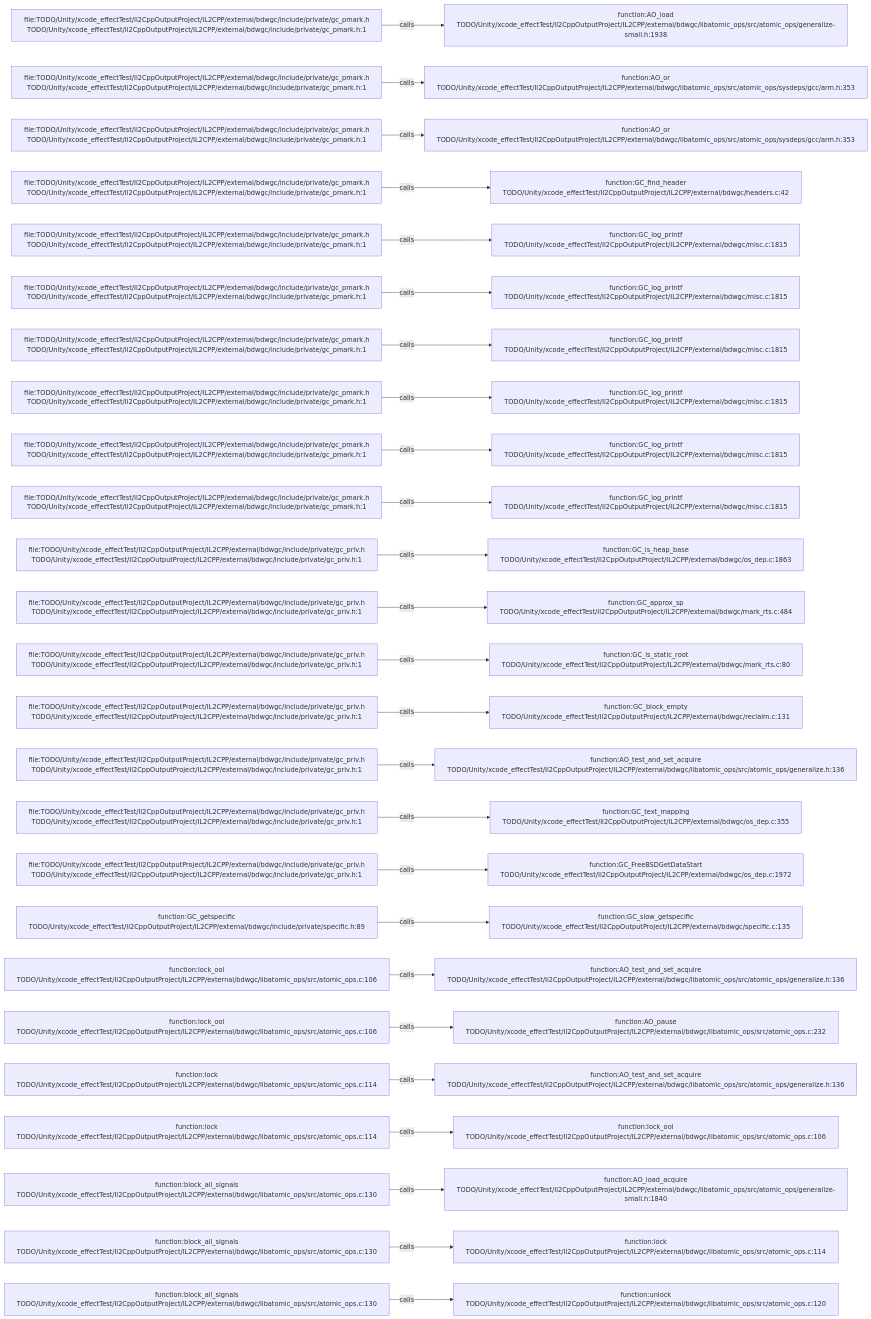
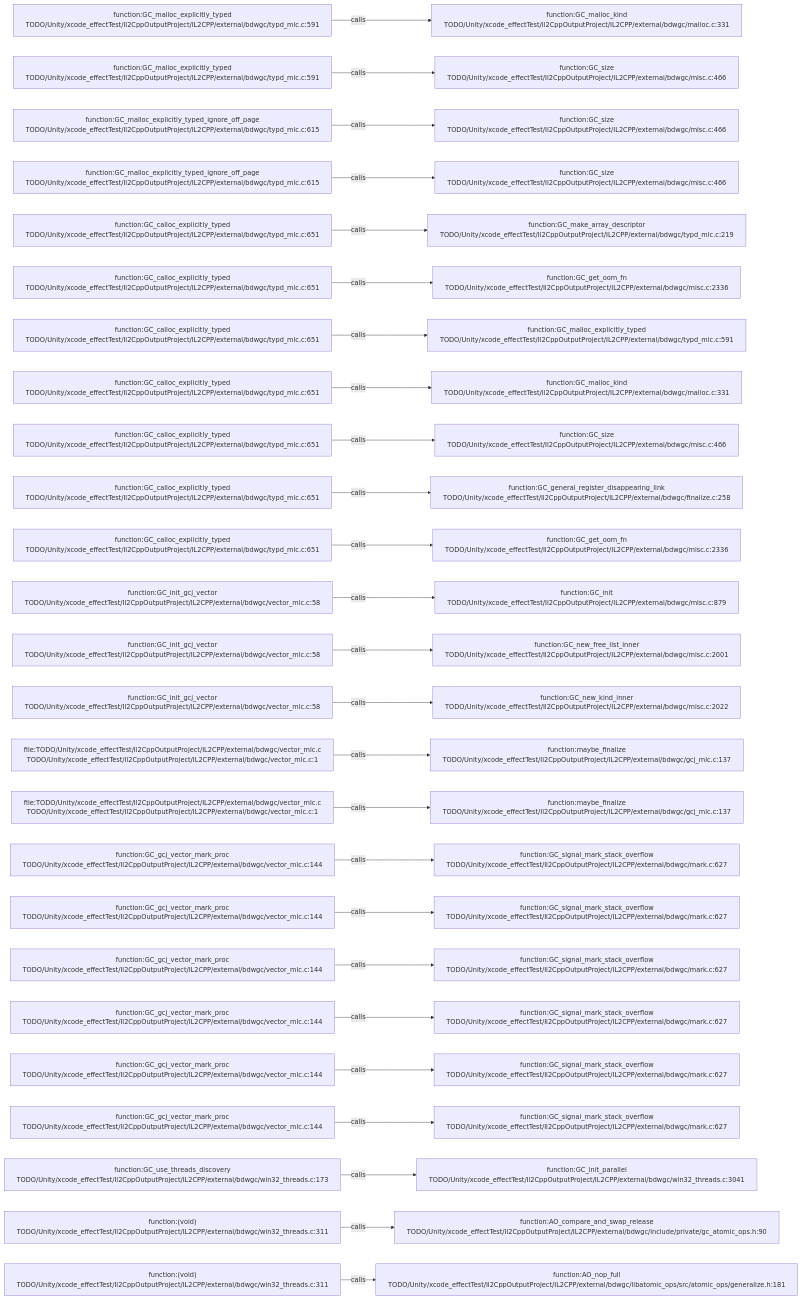
The diagram in .codegraph/codegraph.md/graphs/calls-183.md (JobsKits/JobsSwiftBaseConfigDemo), drawn with Mermaid before and after one commit. The commit also changed 227 other files, not shown here.

````diff
--- a/.codegraph/codegraph.md/graphs/calls-183.md
+++ b/.codegraph/codegraph.md/graphs/calls-183.md
@@ -13,78 +13,78 @@
 ```mermaid
 flowchart LR
-  S1["file:TODO/Unity/xcode_effectTest/Il2CppOutputProject/IL2CPP/external/bdwgc/include/private/gc_pmark.h<br/>TODO/Unity/xcode_effectTest/Il2CppOutputProject/IL2CPP/external/bdwgc/include/private/gc_pmark.h:1"]
-  T1["function:AO_load<br/>TODO/Unity/xcode_effectTest/Il2CppOutputProject/IL2CPP/external/bdwgc/libatomic_ops/src/atomic_ops/generalize-small.h:1938"]
+  S1["function:GC_malloc_explicitly_typed<br/>TODO/Unity/xcode_effectTest/Il2CppOutputProject/IL2CPP/external/bdwgc/typd_mlc.c:591"]
+  T1["function:GC_malloc_kind<br/>TODO/Unity/xcode_effectTest/Il2CppOutputProject/IL2CPP/external/bdwgc/malloc.c:331"]
   S1 -->|calls| T1
-  S2["file:TODO/Unity/xcode_effectTest/Il2CppOutputProject/IL2CPP/external/bdwgc/include/private/gc_pmark.h<br/>TODO/Unity/xcode_effectTest/Il2CppOutputProject/IL2CPP/external/bdwgc/include/private/gc_pmark.h:1"]
-  T2["function:AO_or<br/>TODO/Unity/xcode_effectTest/Il2CppOutputProject/IL2CPP/external/bdwgc/libatomic_ops/src/atomic_ops/sysdeps/gcc/arm.h:353"]
+  S2["function:GC_malloc_explicitly_typed<br/>TODO/Unity/xcode_effectTest/Il2CppOutputProject/IL2CPP/external/bdwgc/typd_mlc.c:591"]
+  T2["function:GC_size<br/>TODO/Unity/xcode_effectTest/Il2CppOutputProject/IL2CPP/external/bdwgc/misc.c:466"]
   S2 -->|calls| T2
-  S3["file:TODO/Unity/xcode_effectTest/Il2CppOutputProject/IL2CPP/external/bdwgc/include/private/gc_pmark.h<br/>TODO/Unity/xcode_effectTest/Il2CppOutputProject/IL2CPP/external/bdwgc/include/private/gc_pmark.h:1"]
-  T3["function:AO_or<br/>TODO/Unity/xcode_effectTest/Il2CppOutputProject/IL2CPP/external/bdwgc/libatomic_ops/src/atomic_ops/sysdeps/gcc/arm.h:353"]
+  S3["function:GC_malloc_explicitly_typed_ignore_off_page<br/>TODO/Unity/xcode_effectTest/Il2CppOutputProject/IL2CPP/external/bdwgc/typd_mlc.c:615"]
+  T3["function:GC_size<br/>TODO/Unity/xcode_effectTest/Il2CppOutputProject/IL2CPP/external/bdwgc/misc.c:466"]
   S3 -->|calls| T3
-  S4["file:TODO/Unity/xcode_effectTest/Il2CppOutputProject/IL2CPP/external/bdwgc/include/private/gc_pmark.h<br/>TODO/Unity/xcode_effectTest/Il2CppOutputProject/IL2CPP/external/bdwgc/include/private/gc_pmark.h:1"]
-  T4["function:GC_find_header<br/>TODO/Unity/xcode_effectTest/Il2CppOutputProject/IL2CPP/external/bdwgc/headers.c:42"]
+  S4["function:GC_malloc_explicitly_typed_ignore_off_page<br/>TODO/Unity/xcode_effectTest/Il2CppOutputProject/IL2CPP/external/bdwgc/typd_mlc.c:615"]
+  T4["function:GC_size<br/>TODO/Unity/xcode_effectTest/Il2CppOutputProject/IL2CPP/external/bdwgc/misc.c:466"]
   S4 -->|calls| T4
-  S5["file:TODO/Unity/xcode_effectTest/Il2CppOutputProject/IL2CPP/external/bdwgc/include/private/gc_pmark.h<br/>TODO/Unity/xcode_effectTest/Il2CppOutputProject/IL2CPP/external/bdwgc/include/private/gc_pmark.h:1"]
-  T5["function:GC_log_printf<br/>TODO/Unity/xcode_effectTest/Il2CppOutputProject/IL2CPP/external/bdwgc/misc.c:1815"]
+  S5["function:GC_calloc_explicitly_typed<br/>TODO/Unity/xcode_effectTest/Il2CppOutputProject/IL2CPP/external/bdwgc/typd_mlc.c:651"]
+  T5["function:GC_make_array_descriptor<br/>TODO/Unity/xcode_effectTest/Il2CppOutputProject/IL2CPP/external/bdwgc/typd_mlc.c:219"]
   S5 -->|calls| T5
-  S6["file:TODO/Unity/xcode_effectTest/Il2CppOutputProject/IL2CPP/external/bdwgc/include/private/gc_pmark.h<br/>TODO/Unity/xcode_effectTest/Il2CppOutputProject/IL2CPP/external/bdwgc/include/private/gc_pmark.h:1"]
-  T6["function:GC_log_printf<br/>TODO/Unity/xcode_effectTest/Il2CppOutputProject/IL2CPP/external/bdwgc/misc.c:1815"]
+  S6["function:GC_calloc_explicitly_typed<br/>TODO/Unity/xcode_effectTest/Il2CppOutputProject/IL2CPP/external/bdwgc/typd_mlc.c:651"]
+  T6["function:GC_get_oom_fn<br/>TODO/Unity/xcode_effectTest/Il2CppOutputProject/IL2CPP/external/bdwgc/misc.c:2336"]
   S6 -->|calls| T6
-  S7["file:TODO/Unity/xcode_effectTest/Il2CppOutputProject/IL2CPP/external/bdwgc/include/private/gc_pmark.h<br/>TODO/Unity/xcode_effectTest/Il2CppOutputProject/IL2CPP/external/bdwgc/include/private/gc_pmark.h:1"]
-  T7["function:GC_log_printf<br/>TODO/Unity/xcode_effectTest/Il2CppOutputProject/IL2CPP/external/bdwgc/misc.c:1815"]
+  S7["function:GC_calloc_explicitly_typed<br/>TODO/Unity/xcode_effectTest/Il2CppOutputProject/IL2CPP/external/bdwgc/typd_mlc.c:651"]
+  T7["function:GC_malloc_explicitly_typed<br/>TODO/Unity/xcode_effectTest/Il2CppOutputProject/IL2CPP/external/bdwgc/typd_mlc.c:591"]
   S7 -->|calls| T7
-  S8["file:TODO/Unity/xcode_effectTest/Il2CppOutputProject/IL2CPP/external/bdwgc/include/private/gc_pmark.h<br/>TODO/Unity/xcode_effectTest/Il2CppOutputProject/IL2CPP/external/bdwgc/include/private/gc_pmark.h:1"]
-  T8["function:GC_log_printf<br/>TODO/Unity/xcode_effectTest/Il2CppOutputProject/IL2CPP/external/bdwgc/misc.c:1815"]
+  S8["function:GC_calloc_explicitly_typed<br/>TODO/Unity/xcode_effectTest/Il2CppOutputProject/IL2CPP/external/bdwgc/typd_mlc.c:651"]
+  T8["function:GC_malloc_kind<br/>TODO/Unity/xcode_effectTest/Il2CppOutputProject/IL2CPP/external/bdwgc/malloc.c:331"]
   S8 -->|calls| T8
-  S9["file:TODO/Unity/xcode_effectTest/Il2CppOutputProject/IL2CPP/external/bdwgc/include/private/gc_pmark.h<br/>TODO/Unity/xcode_effectTest/Il2CppOutputProject/IL2CPP/external/bdwgc/include/private/gc_pmark.h:1"]
-  T9["function:GC_log_printf<br/>TODO/Unity/xcode_effectTest/Il2CppOutputProject/IL2CPP/external/bdwgc/misc.c:1815"]
+  S9["function:GC_calloc_explicitly_typed<br/>TODO/Unity/xcode_effectTest/Il2CppOutputProject/IL2CPP/external/bdwgc/typd_mlc.c:651"]
+  T9["function:GC_size<br/>TODO/Unity/xcode_effectTest/Il2CppOutputProject/IL2CPP/external/bdwgc/misc.c:466"]
   S9 -->|calls| T9
-  S10["file:TODO/Unity/xcode_effectTest/Il2CppOutputProject/IL2CPP/external/bdwgc/include/private/gc_pmark.h<br/>TODO/Unity/xcode_effectTest/Il2CppOutputProject/IL2CPP/external/bdwgc/include/private/gc_pmark.h:1"]
-  T10["function:GC_log_printf<br/>TODO/Unity/xcode_effectTest/Il2CppOutputProject/IL2CPP/external/bdwgc/misc.c:1815"]
+  S10["function:GC_calloc_explicitly_typed<br/>TODO/Unity/xcode_effectTest/Il2CppOutputProject/IL2CPP/external/bdwgc/typd_mlc.c:651"]
+  T10["function:GC_general_register_disappearing_link<br/>TODO/Unity/xcode_effectTest/Il2CppOutputProject/IL2CPP/external/bdwgc/finalize.c:258"]
   S10 -->|calls| T10
-  S11["file:TODO/Unity/xcode_effectTest/Il2CppOutputProject/IL2CPP/external/bdwgc/include/private/gc_priv.h<br/>TODO/Unity/xcode_effectTest/Il2CppOutputProject/IL2CPP/external/bdwgc/include/private/gc_priv.h:1"]
-  T11["function:GC_is_heap_base<br/>TODO/Unity/xcode_effectTest/Il2CppOutputProject/IL2CPP/external/bdwgc/os_dep.c:1863"]
+  S11["function:GC_calloc_explicitly_typed<br/>TODO/Unity/xcode_effectTest/Il2CppOutputProject/IL2CPP/external/bdwgc/typd_mlc.c:651"]
+  T11["function:GC_get_oom_fn<br/>TODO/Unity/xcode_effectTest/Il2CppOutputProject/IL2CPP/external/bdwgc/misc.c:2336"]
   S11 -->|calls| T11
-  S12["file:TODO/Unity/xcode_effectTest/Il2CppOutputProject/IL2CPP/external/bdwgc/include/private/gc_priv.h<br/>TODO/Unity/xcode_effectTest/Il2CppOutputProject/IL2CPP/external/bdwgc/include/private/gc_priv.h:1"]
-  T12["function:GC_approx_sp<br/>TODO/Unity/xcode_effectTest/Il2CppOutputProject/IL2CPP/external/bdwgc/mark_rts.c:484"]
+  S12["function:GC_init_gcj_vector<br/>TODO/Unity/xcode_effectTest/Il2CppOutputProject/IL2CPP/external/bdwgc/vector_mlc.c:58"]
+  T12["function:GC_init<br/>TODO/Unity/xcode_effectTest/Il2CppOutputProject/IL2CPP/external/bdwgc/misc.c:879"]
   S12 -->|calls| T12
-  S13["file:TODO/Unity/xcode_effectTest/Il2CppOutputProject/IL2CPP/external/bdwgc/include/private/gc_priv.h<br/>TODO/Unity/xcode_effectTest/Il2CppOutputProject/IL2CPP/external/bdwgc/include/private/gc_priv.h:1"]
-  T13["function:GC_is_static_root<br/>TODO/Unity/xcode_effectTest/Il2CppOutputProject/IL2CPP/external/bdwgc/mark_rts.c:80"]
+  S13["function:GC_init_gcj_vector<br/>TODO/Unity/xcode_effectTest/Il2CppOutputProject/IL2CPP/external/bdwgc/vector_mlc.c:58"]
+  T13["function:GC_new_free_list_inner<br/>TODO/Unity/xcode_effectTest/Il2CppOutputProject/IL2CPP/external/bdwgc/misc.c:2001"]
   S13 -->|calls| T13
-  S14["file:TODO/Unity/xcode_effectTest/Il2CppOutputProject/IL2CPP/external/bdwgc/include/private/gc_priv.h<br/>TODO/Unity/xcode_effectTest/Il2CppOutputProject/IL2CPP/external/bdwgc/include/private/gc_priv.h:1"]
-  T14["function:GC_block_empty<br/>TODO/Unity/xcode_effectTest/Il2CppOutputProject/IL2CPP/external/bdwgc/reclaim.c:131"]
+  S14["function:GC_init_gcj_vector<br/>TODO/Unity/xcode_effectTest/Il2CppOutputProject/IL2CPP/external/bdwgc/vector_mlc.c:58"]
+  T14["function:GC_new_kind_inner<br/>TODO/Unity/xcode_effectTest/Il2CppOutputProject/IL2CPP/external/bdwgc/misc.c:2022"]
   S14 -->|calls| T14
-  S15["file:TODO/Unity/xcode_effectTest/Il2CppOutputProject/IL2CPP/external/bdwgc/include/private/gc_priv.h<br/>TODO/Unity/xcode_effectTest/Il2CppOutputProject/IL2CPP/external/bdwgc/include/private/gc_priv.h:1"]
-  T15["function:AO_test_and_set_acquire<br/>TODO/Unity/xcode_effectTest/Il2CppOutputProject/IL2CPP/external/bdwgc/libatomic_ops/src/atomic_ops/generalize.h:136"]
+  S15["file:TODO/Unity/xcode_effectTest/Il2CppOutputProject/IL2CPP/external/bdwgc/vector_mlc.c<br/>TODO/Unity/xcode_effectTest/Il2CppOutputProject/IL2CPP/external/bdwgc/vector_mlc.c:1"]
+  T15["function:maybe_finalize<br/>TODO/Unity/xcode_effectTest/Il2CppOutputProject/IL2CPP/external/bdwgc/gcj_mlc.c:137"]
   S15 -->|calls| T15
-  S16["file:TODO/Unity/xcode_effectTest/Il2CppOutputProject/IL2CPP/external/bdwgc/include/private/gc_priv.h<br/>TODO/Unity/xcode_effectTest/Il2CppOutputProject/IL2CPP/external/bdwgc/include/private/gc_priv.h:1"]
-  T16["function:GC_text_mapping<br/>TODO/Unity/xcode_effectTest/Il2CppOutputProject/IL2CPP/external/bdwgc/os_dep.c:355"]
+  S16["file:TODO/Unity/xcode_effectTest/Il2CppOutputProject/IL2CPP/external/bdwgc/vector_mlc.c<br/>TODO/Unity/xcode_effectTest/Il2CppOutputProject/IL2CPP/external/bdwgc/vector_mlc.c:1"]
+  T16["function:maybe_finalize<br/>TODO/Unity/xcode_effectTest/Il2CppOutputProject/IL2CPP/external/bdwgc/gcj_mlc.c:137"]
   S16 -->|calls| T16
-  S17["file:TODO/Unity/xcode_effectTest/Il2CppOutputProject/IL2CPP/external/bdwgc/include/private/gc_priv.h<br/>TODO/Unity/xcode_effectTest/Il2CppOutputProject/IL2CPP/external/bdwgc/include/private/gc_priv.h:1"]
-  T17["function:GC_FreeBSDGetDataStart<br/>TODO/Unity/xcode_effectTest/Il2CppOutputProject/IL2CPP/external/bdwgc/os_dep.c:1972"]
+  S17["function:GC_gcj_vector_mark_proc<br/>TODO/Unity/xcode_effectTest/Il2CppOutputProject/IL2CPP/external/bdwgc/vector_mlc.c:144"]
+  T17["function:GC_signal_mark_stack_overflow<br/>TODO/Unity/xcode_effectTest/Il2CppOutputProject/IL2CPP/external/bdwgc/mark.c:627"]
   S17 -->|calls| T17
-  S18["function:GC_getspecific<br/>TODO/Unity/xcode_effectTest/Il2CppOutputProject/IL2CPP/external/bdwgc/include/private/specific.h:89"]
-  T18["function:GC_slow_getspecific<br/>TODO/Unity/xcode_effectTest/Il2CppOutputProject/IL2CPP/external/bdwgc/specific.c:135"]
+  S18["function:GC_gcj_vector_mark_proc<br/>TODO/Unity/xcode_effectTest/Il2CppOutputProject/IL2CPP/external/bdwgc/vector_mlc.c:144"]
+  T18["function:GC_signal_mark_stack_overflow<br/>TODO/Unity/xcode_effectTest/Il2CppOutputProject/IL2CPP/external/bdwgc/mark.c:627"]
   S18 -->|calls| T18
-  S19["function:lock_ool<br/>TODO/Unity/xcode_effectTest/Il2CppOutputProject/IL2CPP/external/bdwgc/libatomic_ops/src/atomic_ops.c:106"]
-  T19["function:AO_test_and_set_acquire<br/>TODO/Unity/xcode_effectTest/Il2CppOutputProject/IL2CPP/external/bdwgc/libatomic_ops/src/atomic_ops/generalize.h:136"]
+  S19["function:GC_gcj_vector_mark_proc<br/>TODO/Unity/xcode_effectTest/Il2CppOutputProject/IL2CPP/external/bdwgc/vector_mlc.c:144"]
+  T19["function:GC_signal_mark_stack_overflow<br/>TODO/Unity/xcode_effectTest/Il2CppOutputProject/IL2CPP/external/bdwgc/mark.c:627"]
   S19 -->|calls| T19
-  S20["function:lock_ool<br/>TODO/Unity/xcode_effectTest/Il2CppOutputProject/IL2CPP/external/bdwgc/libatomic_ops/src/atomic_ops.c:106"]
-  T20["function:AO_pause<br/>TODO/Unity/xcode_effectTest/Il2CppOutputProject/IL2CPP/external/bdwgc/libatomic_ops/src/atomic_ops.c:232"]
+  S20["function:GC_gcj_vector_mark_proc<br/>TODO/Unity/xcode_effectTest/Il2CppOutputProject/IL2CPP/external/bdwgc/vector_mlc.c:144"]
+  T20["function:GC_signal_mark_stack_overflow<br/>TODO/Unity/xcode_effectTest/Il2CppOutputProject/IL2CPP/external/bdwgc/mark.c:627"]
   S20 -->|calls| T20
-  S21["function:lock<br/>TODO/Unity/xcode_effectTest/Il2CppOutputProject/IL2CPP/external/bdwgc/libatomic_ops/src/atomic_ops.c:114"]
-  T21["function:AO_test_and_set_acquire<br/>TODO/Unity/xcode_effectTest/Il2CppOutputProject/IL2CPP/external/bdwgc/libatomic_ops/src/atomic_ops/generalize.h:136"]
+  S21["function:GC_gcj_vector_mark_proc<br/>TODO/Unity/xcode_effectTest/Il2CppOutputProject/IL2CPP/external/bdwgc/vector_mlc.c:144"]
+  T21["function:GC_signal_mark_stack_overflow<br/>TODO/Unity/xcode_effectTest/Il2CppOutputProject/IL2CPP/external/bdwgc/mark.c:627"]
   S21 -->|calls| T21
-  S22["function:lock<br/>TODO/Unity/xcode_effectTest/Il2CppOutputProject/IL2CPP/external/bdwgc/libatomic_ops/src/atomic_ops.c:114"]
-  T22["function:lock_ool<br/>TODO/Unity/xcode_effectTest/Il2CppOutputProject/IL2CPP/external/bdwgc/libatomic_ops/src/atomic_ops.c:106"]
+  S22["function:GC_gcj_vector_mark_proc<br/>TODO/Unity/xcode_effectTest/Il2CppOutputProject/IL2CPP/external/bdwgc/vector_mlc.c:144"]
+  T22["function:GC_signal_mark_stack_overflow<br/>TODO/Unity/xcode_effectTest/Il2CppOutputProject/IL2CPP/external/bdwgc/mark.c:627"]
   S22 -->|calls| T22
-  S23["function:block_all_signals<br/>TODO/Unity/xcode_effectTest/Il2CppOutputProject/IL2CPP/external/bdwgc/libatomic_ops/src/atomic_ops.c:130"]
-  T23["function:AO_load_acquire<br/>TODO/Unity/xcode_effectTest/Il2CppOutputProject/IL2CPP/external/bdwgc/libatomic_ops/src/atomic_ops/generalize-small.h:1840"]
+  S23["function:GC_use_threads_discovery<br/>TODO/Unity/xcode_effectTest/Il2CppOutputProject/IL2CPP/external/bdwgc/win32_threads.c:173"]
+  T23["function:GC_init_parallel<br/>TODO/Unity/xcode_effectTest/Il2CppOutputProject/IL2CPP/external/bdwgc/win32_threads.c:3041"]
   S23 -->|calls| T23
-  S24["function:block_all_signals<br/>TODO/Unity/xcode_effectTest/Il2CppOutputProject/IL2CPP/external/bdwgc/libatomic_ops/src/atomic_ops.c:130"]
-  T24["function:lock<br/>TODO/Unity/xcode_effectTest/Il2CppOutputProject/IL2CPP/external/bdwgc/libatomic_ops/src/atomic_ops.c:114"]
+  S24["function:(void)<br/>TODO/Unity/xcode_effectTest/Il2CppOutputProject/IL2CPP/external/bdwgc/win32_threads.c:311"]
+  T24["function:AO_compare_and_swap_release<br/>TODO/Unity/xcode_effectTest/Il2CppOutputProject/IL2CPP/external/bdwgc/include/private/gc_atomic_ops.h:90"]
   S24 -->|calls| T24
-  S25["function:block_all_signals<br/>TODO/Unity/xcode_effectTest/Il2CppOutputProject/IL2CPP/external/bdwgc/libatomic_ops/src/atomic_ops.c:130"]
-  T25["function:unlock<br/>TODO/Unity/xcode_effectTest/Il2CppOutputProject/IL2CPP/external/bdwgc/libatomic_ops/src/atomic_ops.c:120"]
+  S25["function:(void)<br/>TODO/Unity/xcode_effectTest/Il2CppOutputProject/IL2CPP/external/bdwgc/win32_threads.c:311"]
+  T25["function:AO_nop_full<br/>TODO/Unity/xcode_effectTest/Il2CppOutputProject/IL2CPP/external/bdwgc/libatomic_ops/src/atomic_ops/generalize.h:181"]
   S25 -->|calls| T25
 ```
````
